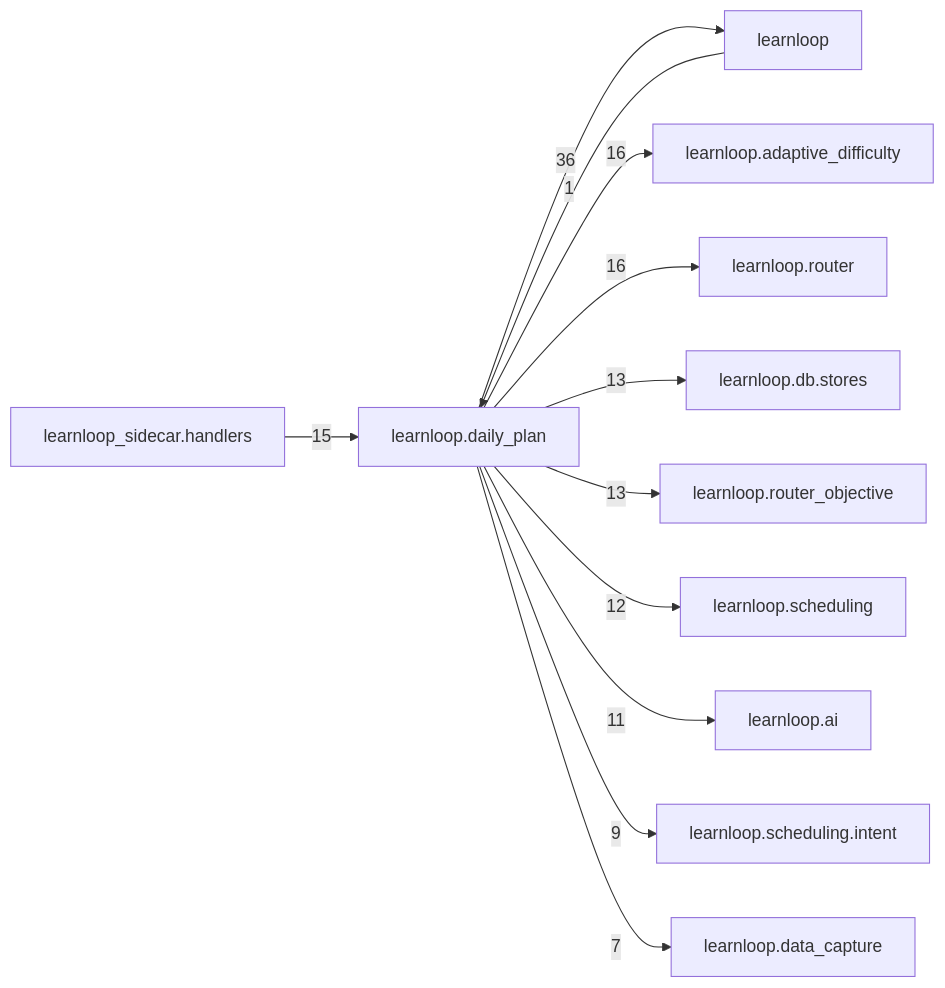
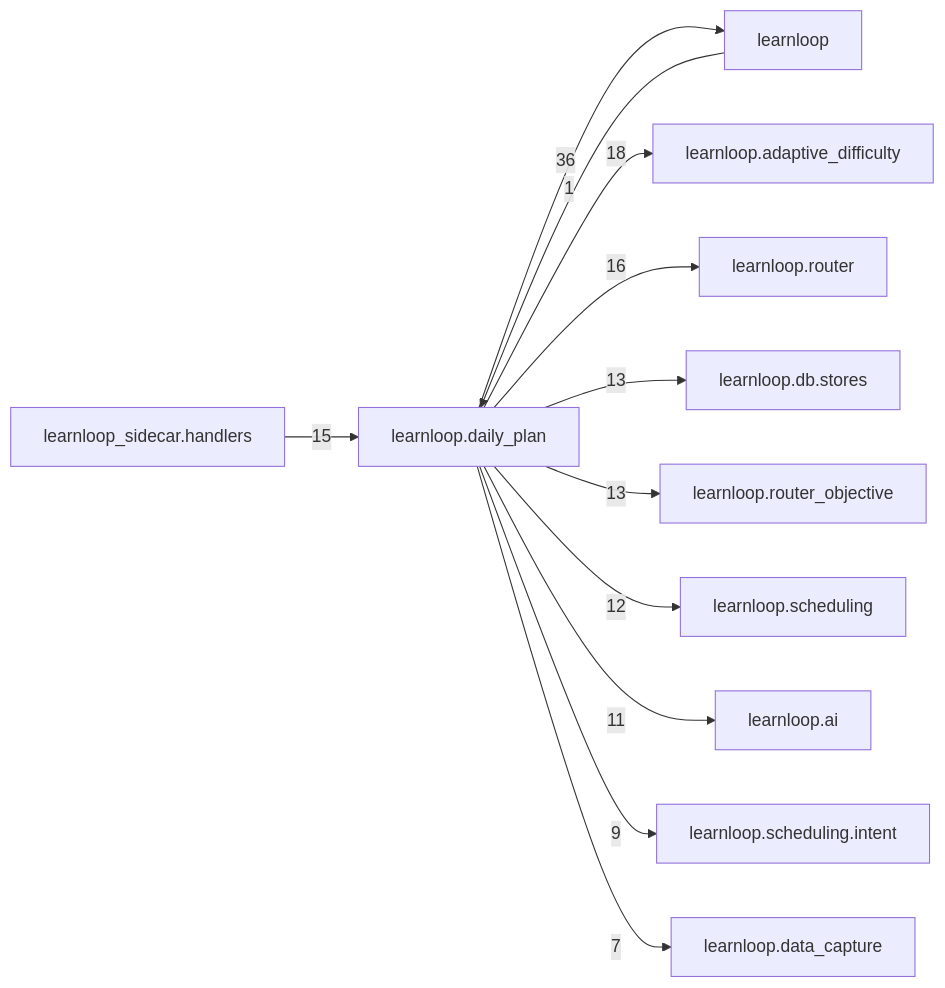
Before and after one commit to 6up-b/learnanything: the diagram in docs/learnloop-architecture-vault/Reference/Modules/learnloop/daily_plan/_package.md, drawn with Mermaid. The commit also changed other lines of this file and 510 other files, not shown here.

````diff
--- a/docs/learnloop-architecture-vault/Reference/Modules/learnloop/daily_plan/_package.md
+++ b/docs/learnloop-architecture-vault/Reference/Modules/learnloop/daily_plan/_package.md
@@ -158,25 +158,25 @@
 ```mermaid
 flowchart LR
     center["learnloop.daily_plan"]
     n_learnloop["learnloop"]
     n_learnloop_adaptive_difficulty["learnloop.adaptive_difficulty"]
     n_learnloop_router["learnloop.router"]
     n_learnloop_sidecar_handlers["learnloop_sidecar.handlers"]
     n_learnloop_db_stores["learnloop.db.stores"]
     n_learnloop_router_objective["learnloop.router_objective"]
     n_learnloop_scheduling["learnloop.scheduling"]
     n_learnloop_ai["learnloop.ai"]
     n_learnloop_scheduling_intent["learnloop.scheduling.intent"]
     n_learnloop_data_capture["learnloop.data_capture"]
     n_learnloop -->|1| center
     center -->|36| n_learnloop
-    center -->|16| n_learnloop_adaptive_difficulty
+    center -->|18| n_learnloop_adaptive_difficulty
     center -->|16| n_learnloop_router
     n_learnloop_sidecar_handlers -->|15| center
     center -->|13| n_learnloop_db_stores
     center -->|13| n_learnloop_router_objective
     center -->|12| n_learnloop_scheduling
     center -->|11| n_learnloop_ai
     center -->|9| n_learnloop_scheduling_intent
     center -->|7| n_learnloop_data_capture
 ```
````
